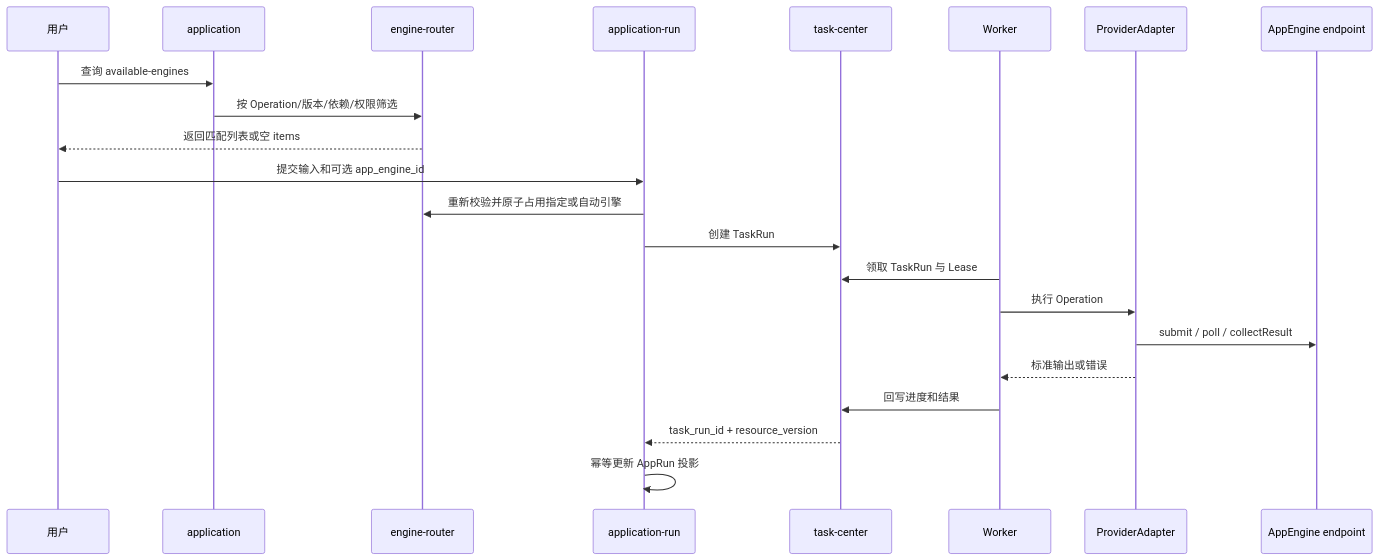
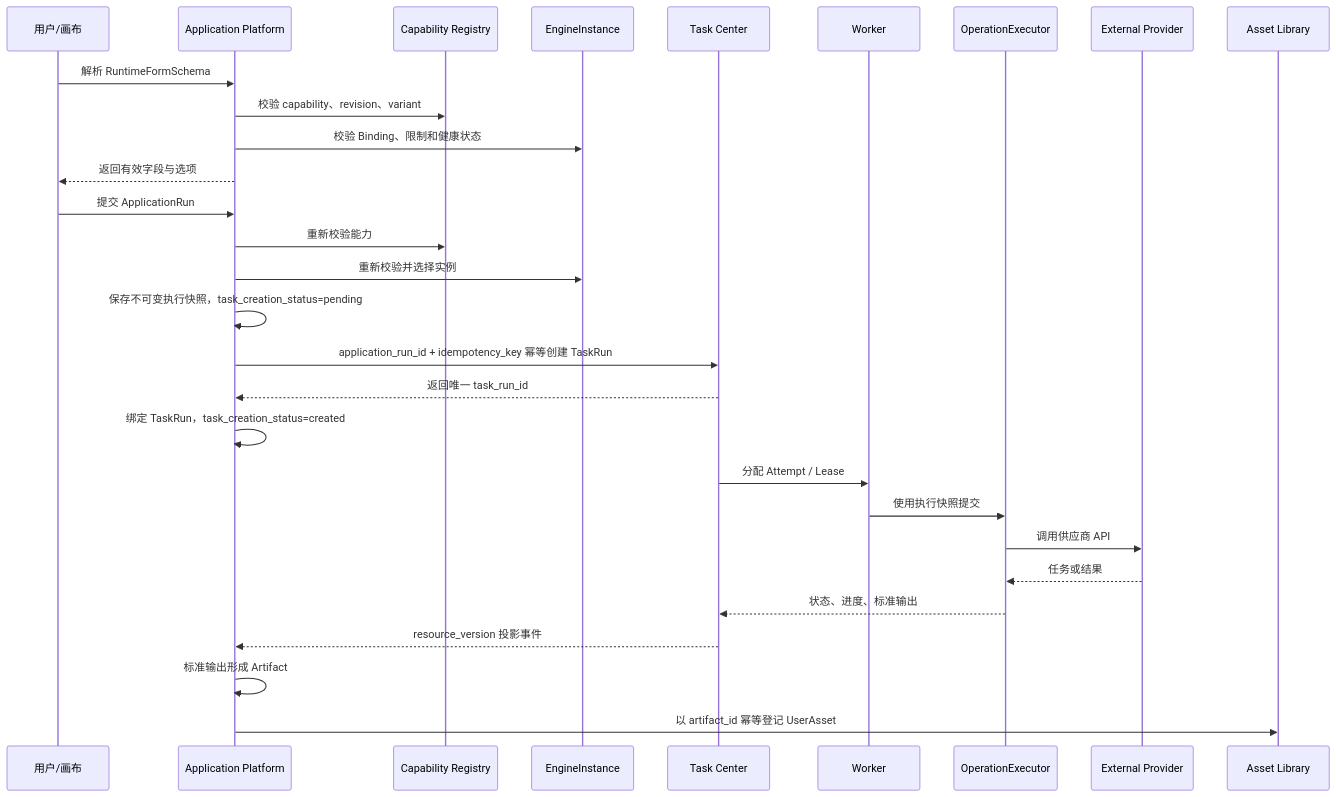
Before and after one commit to wangweihong/omnimam-spec: the third of 3 diagrams in 02_architecture/domains/application-platform.md, drawn with Mermaid. The commit also changed other lines of this file and 59 other files, not shown here.

````diff
--- a/02_architecture/domains/application-platform.md
+++ b/02_architecture/domains/application-platform.md
@@ -45,25 +138,32 @@
 ```mermaid
 sequenceDiagram
-  participant User as 用户
-  participant App as application
-  participant Router as engine-router
-  participant Run as application-run
-  participant Task as task-center
-  participant Worker as Worker
-  participant Adapter as ProviderAdapter
-  participant Engine as AppEngine endpoint
+    participant User as 用户/画布
+    participant App as Application Platform
+    participant Registry as Capability Registry
+    participant Engine as EngineInstance
+    participant Task as Task Center
+    participant Worker as Worker
+    participant Exec as OperationExecutor
+    participant Provider as External Provider
+    participant Asset as Asset Library
 
-  User->>App: 查询 available-engines
-  App->>Router: 按 Operation/版本/依赖/权限筛选
-  Router-->>User: 返回匹配列表或空 items
-  User->>Run: 提交输入和可选 app_engine_id
-  Run->>Router: 重新校验并原子占用指定或自动引擎
-  Run->>Task: 创建 TaskRun
-  Worker->>Task: 领取 TaskRun 与 Lease
-  Worker->>Adapter: 执行 Operation
-  Adapter->>Engine: submit / poll / collectResult
-  Adapter-->>Worker: 标准输出或错误
-  Worker->>Task: 回写进度和结果
-  Task-->>Run: task_run_id + resource_version
-  Run->>Run: 幂等更新 AppRun 投影
+    User->>App: 解析 RuntimeFormSchema
+    App->>Registry: 校验 capability、revision、variant
+    App->>Engine: 校验 Binding、限制和健康状态
+    App-->>User: 返回有效字段与选项
+    User->>App: 提交 ApplicationRun
+    App->>Registry: 重新校验能力
+    App->>Engine: 重新校验并选择实例
+    App->>App: 保存不可变执行快照，task_creation_status=pending
+    App->>Task: application_run_id + idempotency_key 幂等创建 TaskRun
+    Task-->>App: 返回唯一 task_run_id
+    App->>App: 绑定 TaskRun，task_creation_status=created
+    Task->>Worker: 分配 Attempt / Lease
+    Worker->>Exec: 使用执行快照提交
+    Exec->>Provider: 调用供应商 API
+    Provider-->>Exec: 任务或结果
+    Exec-->>Task: 状态、进度、标准输出
+    Task-->>App: resource_version 投影事件
+    App->>App: 标准输出形成 Artifact
+    App->>Asset: 以 artifact_id 幂等登记 UserAsset
 ```
````
